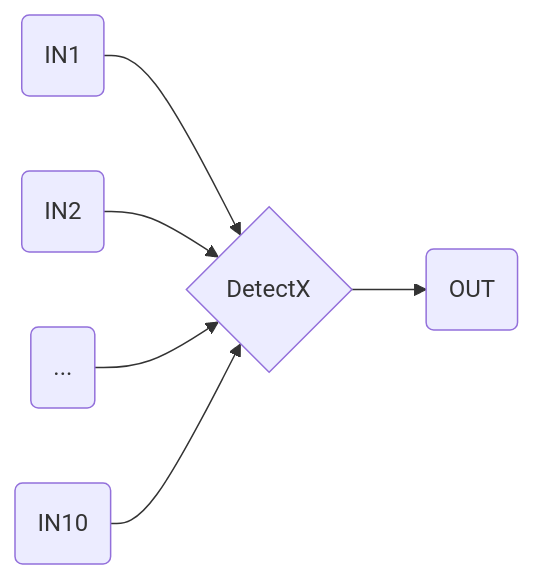
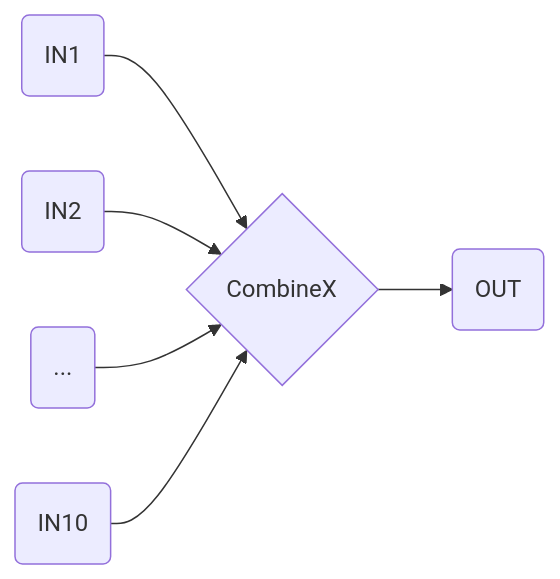
One commit to stuartfowler/CEMT changed the fifth of 6 diagrams in Documentation/constraints.md. Above: the diagram before and after it, drawn with Mermaid. The commit also changed other lines of this file and 24 other files, not shown here.

````diff
--- a/Documentation/constraints.md
+++ b/Documentation/constraints.md
@@ -175,14 +174,14 @@
 ```mermaid
 flowchart LR
   1("IN1")
   2("IN2")
   4("...")
   6("IN10")
   3("OUT") 
-  5{"DetectX"}
+  5{"CombineX"}
   1 --> 5
   2 --> 5
   4 --> 5
   6 --> 5
   5 --> 3
 ```
````
